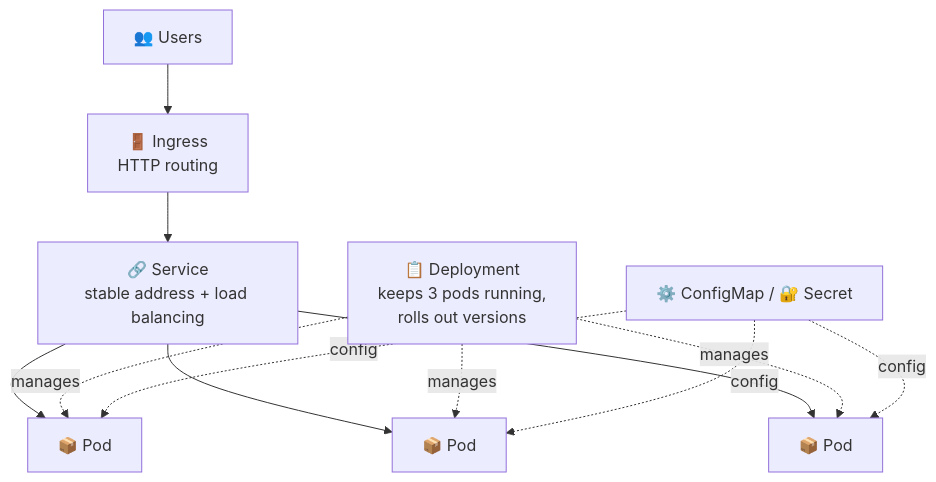
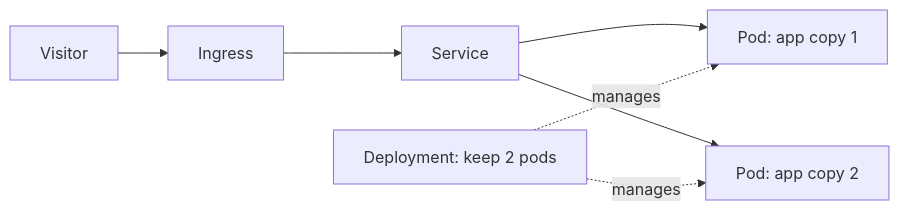
Before and after one commit to monijaman/software: the second of 2 diagrams in content/kubernetes/01-why-kubernetes.md, drawn with Mermaid. The commit also changed other lines of this file and 23 other files, not shown here.

````diff
--- a/content/kubernetes/01-why-kubernetes.md
+++ b/content/kubernetes/01-why-kubernetes.md
@@ -78,8 +93,9 @@
 ```mermaid
-flowchart TB
-    U[👥 Users] --> ING["🚪 Ingress<br/>HTTP routing"]
-    ING --> SVC["🔗 Service<br/>stable address + load balancing"]
-    SVC --> P1["📦 Pod"] & P2["📦 Pod"] & P3["📦 Pod"]
-    DEP["📋 Deployment<br/>keeps 3 pods running,<br/>rolls out versions"] -.manages.-> P1 & P2 & P3
-    CM["⚙️ ConfigMap / 🔐 Secret"] -.config.-> P1 & P2 & P3
+flowchart LR
+    U[Visitor] --> I[Ingress]
+    I --> S[Service]
+    S --> P1[Pod: app copy 1]
+    S --> P2[Pod: app copy 2]
+    D[Deployment: keep 2 pods] -.manages.-> P1
+    D -.manages.-> P2
 ```
````
